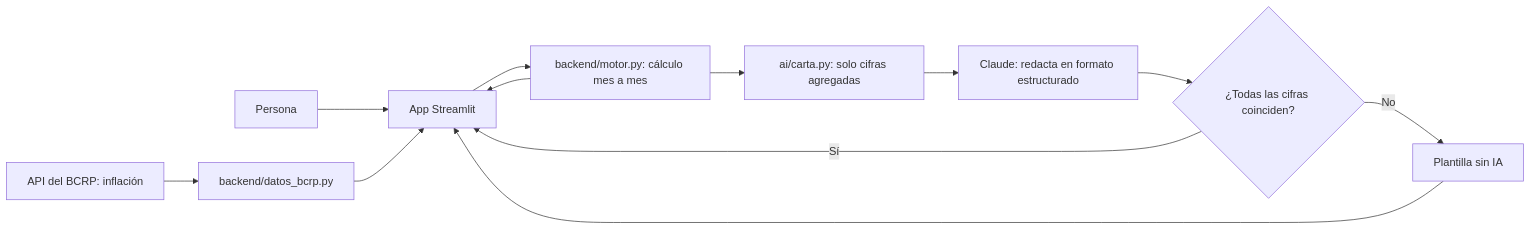
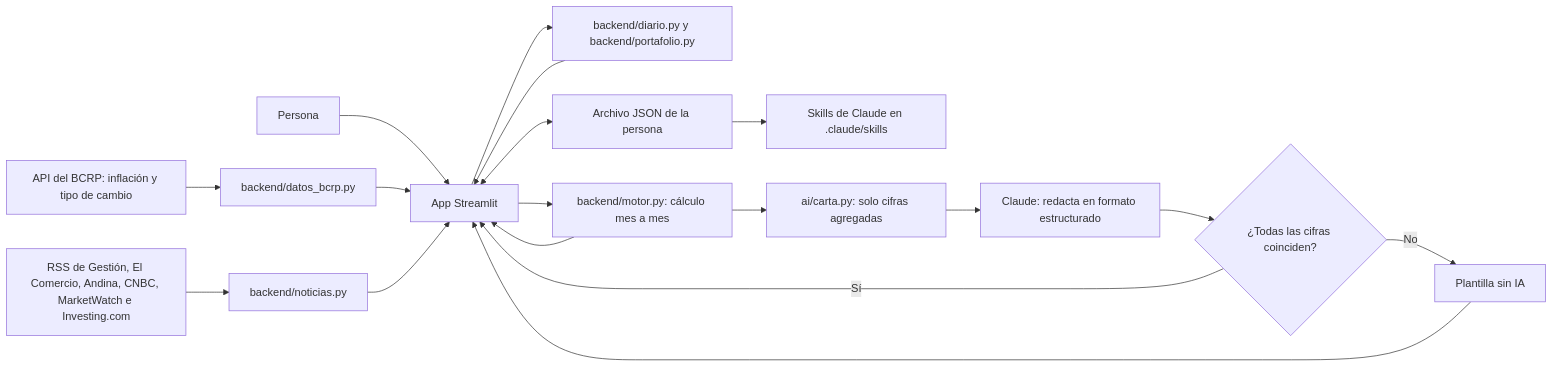
The diagram in README.md (karivanne2-a11y/futuro-yo), drawn with Mermaid before and after one commit. The commit also changed other lines of this file and 25 other files, not shown here.

First line of the commit message:
Agrega diario, portafolio, noticias, portada animada y skills

````diff
--- a/README.md
+++ b/README.md
@@ -49,14 +59,20 @@
 ```mermaid
 flowchart LR
     U[Persona] --> A[App Streamlit]
-    B[API del BCRP: inflación] --> D[backend/datos_bcrp.py]
+    B[API del BCRP: inflación y tipo de cambio] --> D[backend/datos_bcrp.py]
     D --> A
+    R[RSS de Gestión, El Comercio, Andina, CNBC, MarketWatch e Investing.com] --> N[backend/noticias.py]
+    N --> A
+    A --> F[backend/diario.py y backend/portafolio.py]
+    F --> A
+    A <--> J[Archivo JSON de la persona]
+    J --> K[Skills de Claude en .claude/skills]
     A --> M[backend/motor.py: cálculo mes a mes]
     M --> A
     M --> H[ai/carta.py: solo cifras agregadas]
     H --> C[Claude: redacta en formato estructurado]
     C --> V{¿Todas las cifras coinciden?}
     V -- Sí --> A
     V -- No --> P[Plantilla sin IA]
     P --> A
 ```
````
